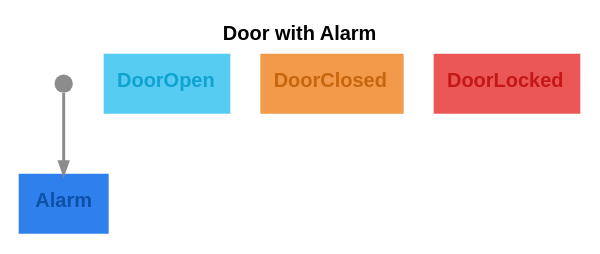
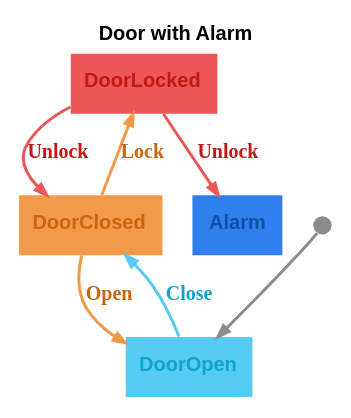
Before and after one commit to m-bock/purescript-transit: the diagram in graphs/door-with-alarm.dot, drawn with Graphviz. The commit also changed 15 other files, not shown here.

```diff
--- a/graphs/door-with-alarm.dot
+++ b/graphs/door-with-alarm.dot
@@ -1,10 +1,15 @@
 digraph 
 {
 rankdir = "TD";fontname = "Arial";label = <<b>Door with Alarm</b>>;labelloc = "t";fontsize = 12
 Alarm [shape = "box", label = <<b>Alarm</b>>, fontsize = 12, style = "filled", fillcolor = "#2f80ed", fontcolor = "#0e50a8", fontname = "Arial", labelloc = "c", penwidth = 0.0]
+DoorOpen [shape = "box", label = <<b>DoorOpen</b>>, fontsize = 12, style = "filled", fillcolor = "#56ccf2", fontcolor = "#10a3d2", fontname = "Arial", labelloc = "c", penwidth = 0.0]
 __Start__ [shape = "circle", label = "", width = 0.15, height = 0.15, fixedsize = true, style = "filled", fillcolor = "#8c8c8c", penwidth = 0.0]
-__Start__ -> Alarm [color = "#8c8c8c", fontsize = 12, arrowsize = "0.7", penwidth = 1.8]
-DoorOpen [shape = "box", label = <<b>DoorOpen</b>>, fontsize = 12, style = "filled", fillcolor = "#56ccf2", fontcolor = "#10a3d2", fontname = "Arial", labelloc = "c", penwidth = 0.0]
+__Start__ -> DoorOpen [color = "#8c8c8c", fontsize = 12, arrowsize = "0.7", penwidth = 1.8]
+DoorOpen -> DoorClosed [color = "#56ccf2", fontcolor = "#10a3d2", fontsize = 12, arrowsize = "0.7", label = <<b>Close</b>>, penwidth = 1.8]
 DoorClosed [shape = "box", label = <<b>DoorClosed</b>>, fontsize = 12, style = "filled", fillcolor = "#f2994a", fontcolor = "#c8660e", fontname = "Arial", labelloc = "c", penwidth = 0.0]
+DoorClosed -> DoorLocked [color = "#f2994a", fontcolor = "#c8660e", fontsize = 12, arrowsize = "0.7", label = <<b>Lock</b>>, penwidth = 1.8]
+DoorClosed -> DoorOpen [color = "#f2994a", fontcolor = "#c8660e", fontsize = 12, arrowsize = "0.7", label = <<b>Open</b>>, penwidth = 1.8]
 DoorLocked [shape = "box", label = <<b>DoorLocked</b>>, fontsize = 12, style = "filled", fillcolor = "#eb5757", fontcolor = "#c41717", fontname = "Arial", labelloc = "c", penwidth = 0.0]
+DoorLocked -> DoorClosed [color = "#eb5757", fontcolor = "#c41717", fontsize = 12, arrowsize = "0.7", label = <<b>Unlock</b>>, penwidth = 1.8]
+DoorLocked -> Alarm [color = "#eb5757", fontcolor = "#c41717", fontsize = 12, arrowsize = "0.7", label = <<b>Unlock</b>>, penwidth = 1.8]
 }
```
